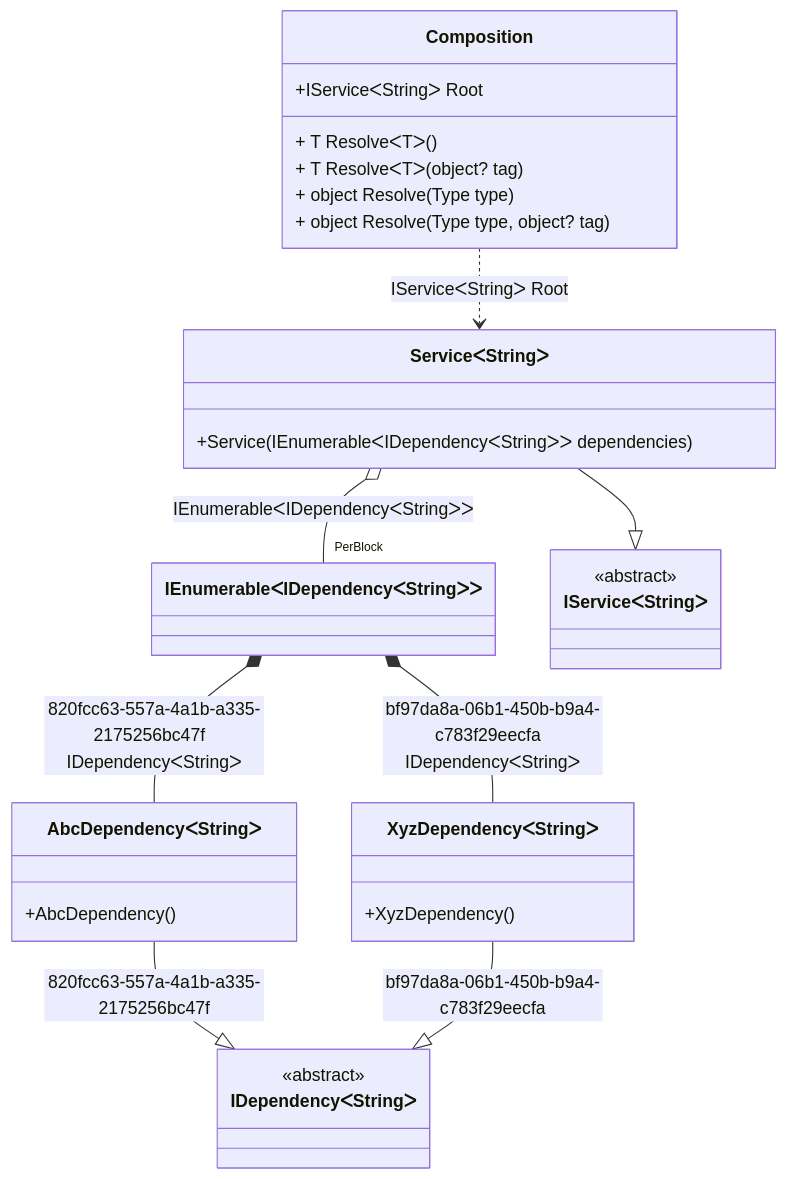
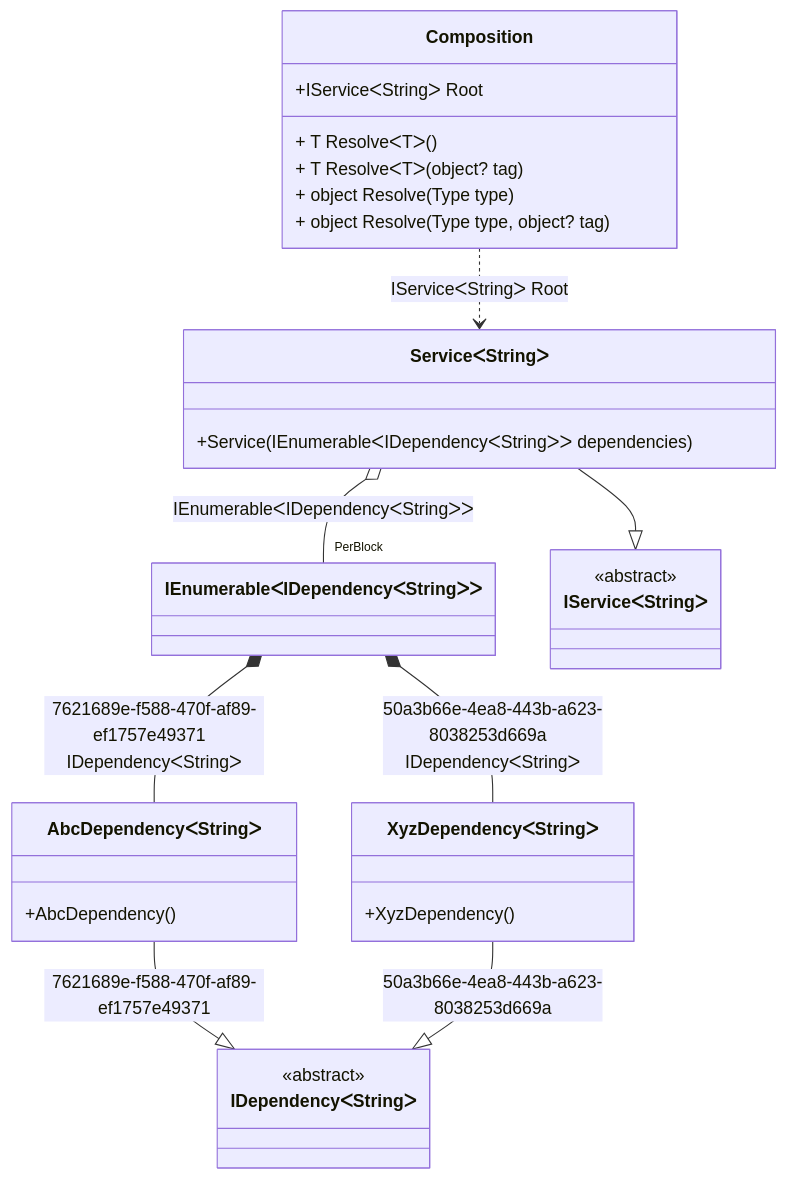
One commit to DevTeam/Pure.DI changed the diagram in readme/tag-unique.md. Above: the diagram before and after it, drawn with Mermaid. The commit also changed other lines of this file and 73 other files, not shown here.

````diff
--- a/readme/tag-unique.md
+++ b/readme/tag-unique.md
@@ -39,33 +39,33 @@
 ```mermaid
 classDiagram
   class Composition {
     +IServiceᐸStringᐳ Root
     + T ResolveᐸTᐳ()
     + T ResolveᐸTᐳ(object? tag)
     + object Resolve(Type type)
     + object Resolve(Type type, object? tag)
   }
   class IEnumerableᐸIDependencyᐸStringᐳᐳ
-  AbcDependencyᐸStringᐳ --|> IDependencyᐸStringᐳ : 820fcc63-557a-4a1b-a335-2175256bc47f 
+  AbcDependencyᐸStringᐳ --|> IDependencyᐸStringᐳ : 7621689e-f588-470f-af89-ef1757e49371 
   class AbcDependencyᐸStringᐳ {
     +AbcDependency()
   }
-  XyzDependencyᐸStringᐳ --|> IDependencyᐸStringᐳ : bf97da8a-06b1-450b-b9a4-c783f29eecfa 
+  XyzDependencyᐸStringᐳ --|> IDependencyᐸStringᐳ : 50a3b66e-4ea8-443b-a623-8038253d669a 
   class XyzDependencyᐸStringᐳ {
     +XyzDependency()
   }
   ServiceᐸStringᐳ --|> IServiceᐸStringᐳ : 
   class ServiceᐸStringᐳ {
     +Service(IEnumerableᐸIDependencyᐸStringᐳᐳ dependencies)
   }
   class IDependencyᐸStringᐳ {
     <<abstract>>
   }
   class IServiceᐸStringᐳ {
     <<abstract>>
   }
-  IEnumerableᐸIDependencyᐸStringᐳᐳ *--  AbcDependencyᐸStringᐳ : 820fcc63-557a-4a1b-a335-2175256bc47f  IDependencyᐸStringᐳ
-  IEnumerableᐸIDependencyᐸStringᐳᐳ *--  XyzDependencyᐸStringᐳ : bf97da8a-06b1-450b-b9a4-c783f29eecfa  IDependencyᐸStringᐳ
+  IEnumerableᐸIDependencyᐸStringᐳᐳ *--  AbcDependencyᐸStringᐳ : 7621689e-f588-470f-af89-ef1757e49371  IDependencyᐸStringᐳ
+  IEnumerableᐸIDependencyᐸStringᐳᐳ *--  XyzDependencyᐸStringᐳ : 50a3b66e-4ea8-443b-a623-8038253d669a  IDependencyᐸStringᐳ
   Composition ..> ServiceᐸStringᐳ : IServiceᐸStringᐳ Root
   ServiceᐸStringᐳ o--  "PerBlock" IEnumerableᐸIDependencyᐸStringᐳᐳ : IEnumerableᐸIDependencyᐸStringᐳᐳ
 ```
````
